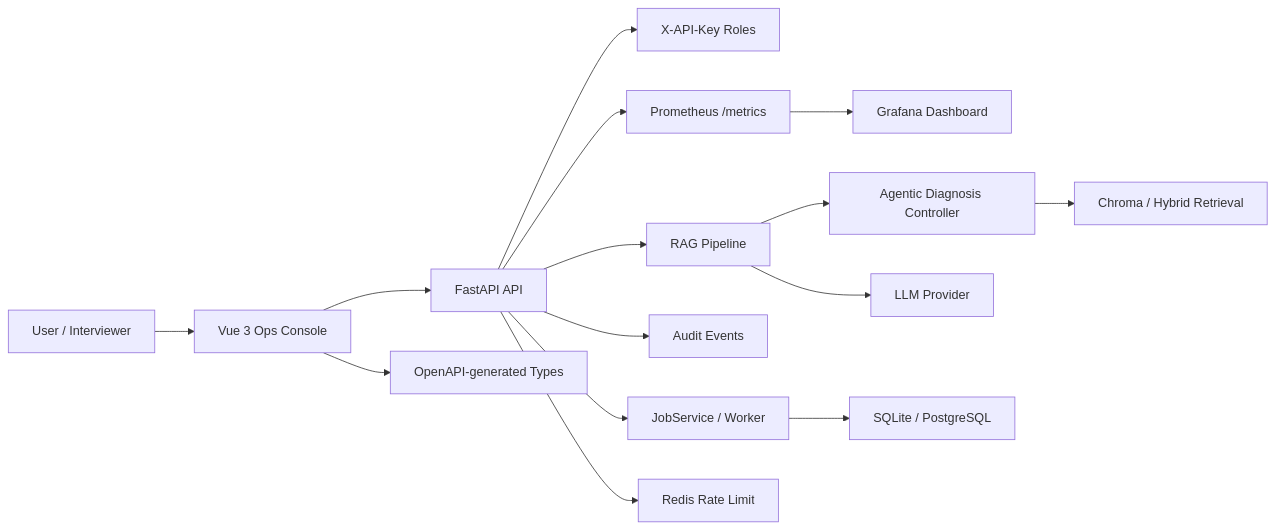
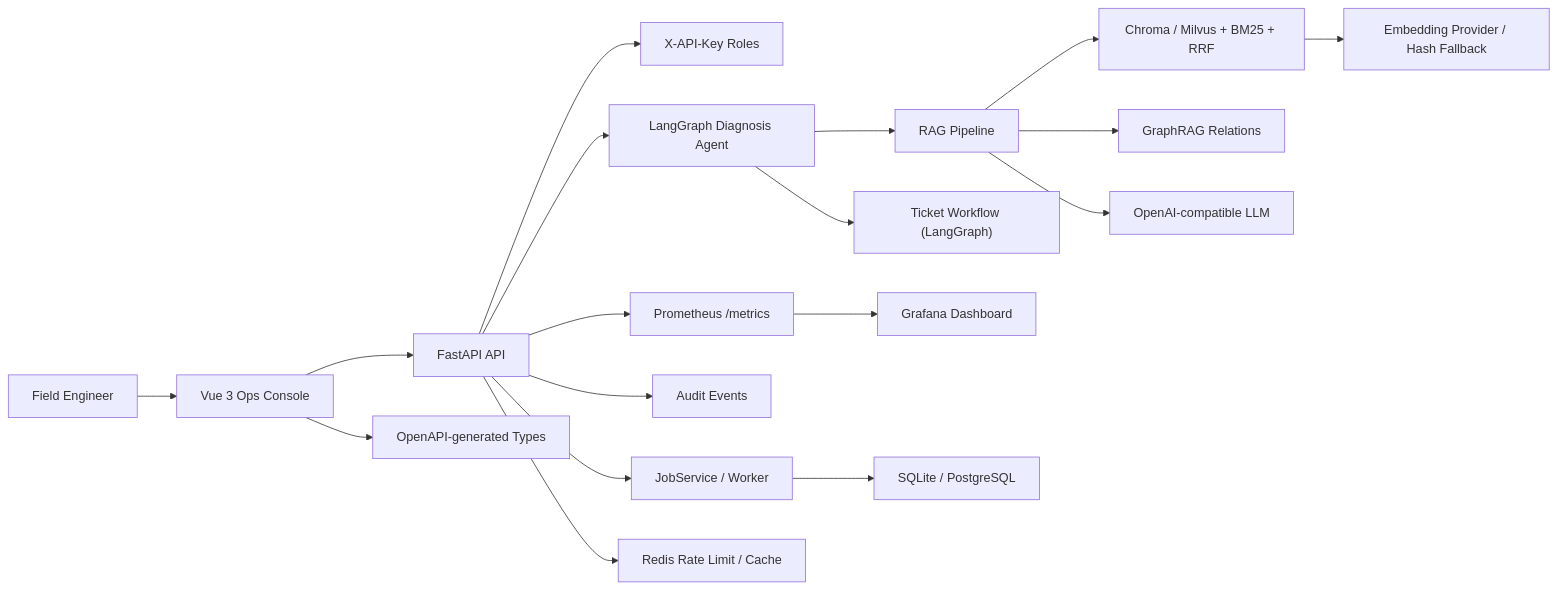
The diagram in README.md (wyjhfl/project-a-rag-platform), drawn with Mermaid before and after one commit. The commit also changed other lines of this file and 30 other files, not shown here.

````diff
--- a/README.md
+++ b/README.md
@@ -50,17 +48,20 @@
 ```mermaid
 flowchart LR
-  User["User / Interviewer"] --> Web["Vue 3 Ops Console"]
+  User["Field Engineer"] --> Web["Vue 3 Ops Console"]
   Web --> API["FastAPI API"]
   API --> Auth["X-API-Key Roles"]
-  API --> RAG["RAG Pipeline"]
+  API --> Agent["LangGraph Diagnosis Agent"]
+  Agent --> RAG["RAG Pipeline"]
+  RAG --> Vector["Chroma / Milvus + BM25 + RRF"]
+  RAG --> Graph["GraphRAG Relations"]
+  RAG --> LLM["OpenAI-compatible LLM"]
+  Vector --> Embed["Embedding Provider / Hash Fallback"]
+  Agent --> Ticket["Ticket Workflow (LangGraph)"]
   API --> Jobs["JobService / Worker"]
   API --> Audit["Audit Events"]
   API --> Metrics["Prometheus /metrics"]
   Metrics --> Grafana["Grafana Dashboard"]
-  RAG --> Agent["Agentic Diagnosis Controller"]
-  Agent --> Vector["Chroma / Hybrid Retrieval"]
-  RAG --> LLM["LLM Provider"]
   Jobs --> Store["SQLite / PostgreSQL"]
-  API --> Redis["Redis Rate Limit"]
+  API --> Redis["Redis Rate Limit / Cache"]
   Web --> OpenAPI["OpenAPI-generated Types"]
 ```
````
